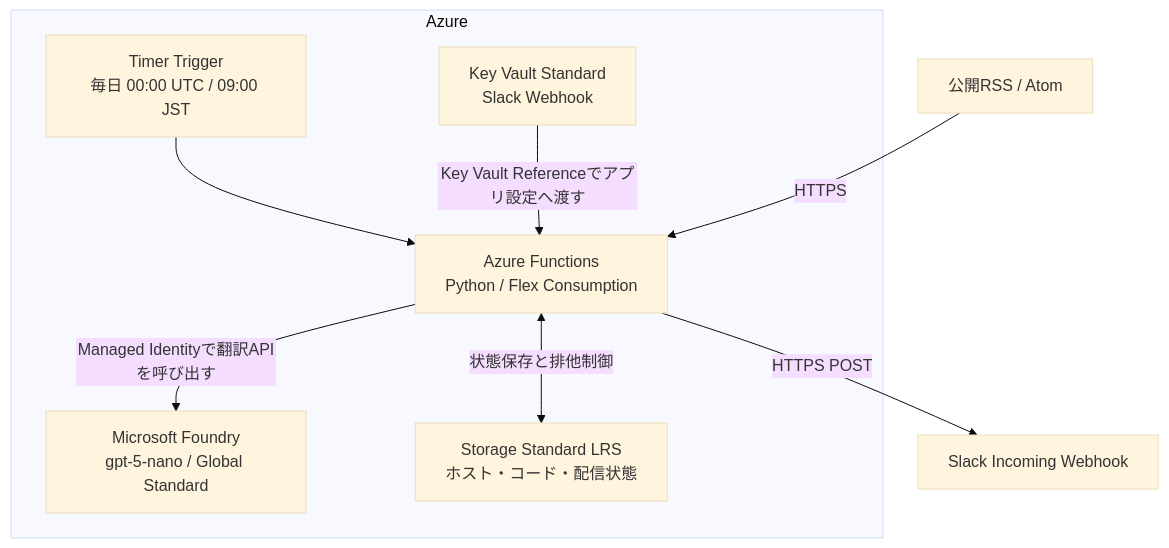
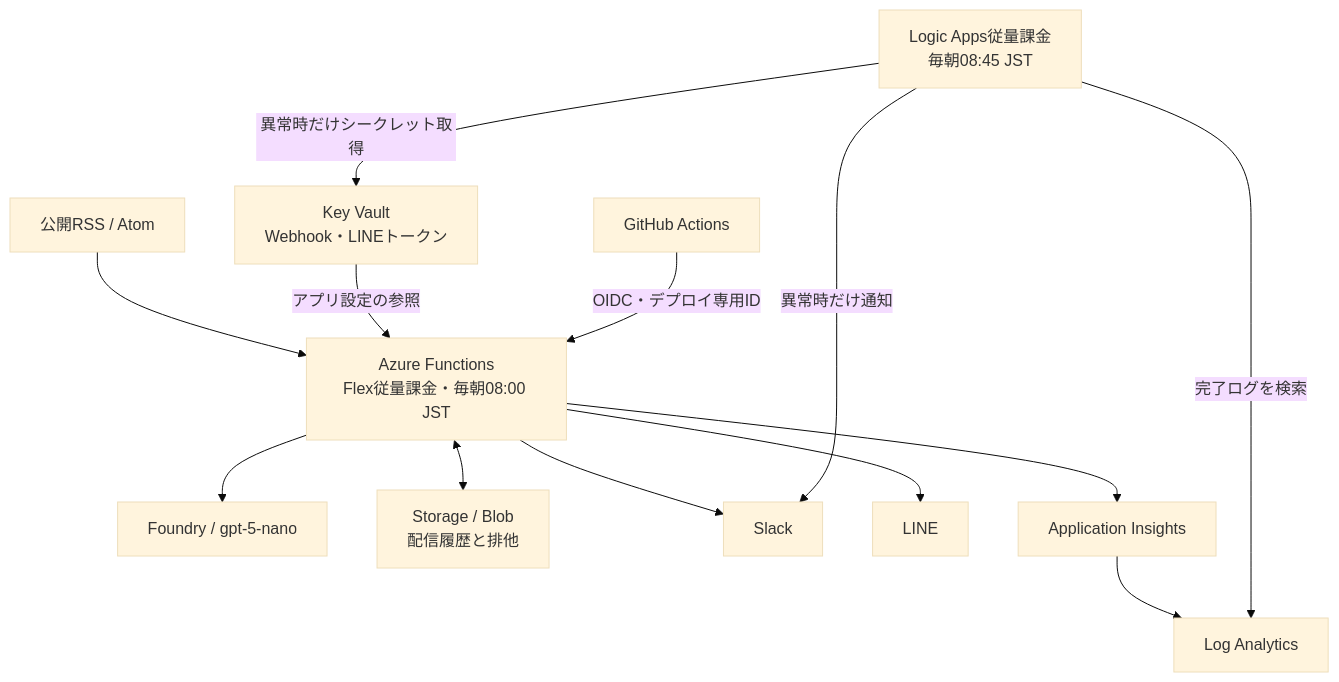
Before and after one commit to SyamGRITio/azure-news-notifier: the second of 3 diagrams in docs/design.md, drawn with Mermaid (base theme). The commit also changed other lines of this file and 7 other files, not shown here.

Commit message:
設計書と構成図を現在の配信・監視構成に更新

````diff
--- a/docs/design.md
+++ b/docs/design.md
@@ -38,16 +38,15 @@
 ```mermaid
 flowchart TB
-    subgraph azure["Azure"]
-        timer["Timer Trigger<br/>毎日 00:00 UTC / 09:00 JST"]
-        func["Azure Functions<br/>Python / Flex Consumption"]
-        foundry["Microsoft Foundry<br/>gpt-5-nano / Global Standard"]
-        vault["Key Vault Standard<br/>Slack Webhook"]
-        storage["Storage Standard LRS<br/>ホスト・コード・配信状態"]
-        timer --> func
-        func -->|Managed Identityで翻訳APIを呼び出す| foundry
-        vault -->|Key Vault Referenceでアプリ設定へ渡す| func
-        func <-->|状態保存と排他制御| storage
-    end
-    rss["公開RSS / Atom"] -->|HTTPS| func
-    func -->|HTTPS POST| slack["Slack Incoming Webhook"]
+    rss["公開RSS / Atom"] --> func["Azure Functions\nFlex従量課金・毎朝08:00 JST"]
+    func --> foundry["Foundry / gpt-5-nano"]
+    func <--> storage["Storage / Blob\n配信履歴と排他"]
+    vault["Key Vault\nWebhook・LINEトークン"] -->|アプリ設定の参照| func
+    func --> slack["Slack"]
+    func --> line["LINE"]
+    func --> appi["Application Insights"]
+    appi --> logs["Log Analytics"]
+    logic["Logic Apps従量課金\n毎朝08:45 JST"] -->|完了ログを検索| logs
+    logic -->|異常時だけシークレット取得| vault
+    logic -->|異常時だけ通知| slack
+    github["GitHub Actions"] -->|OIDC・デプロイ専用ID| func
 ```
````
